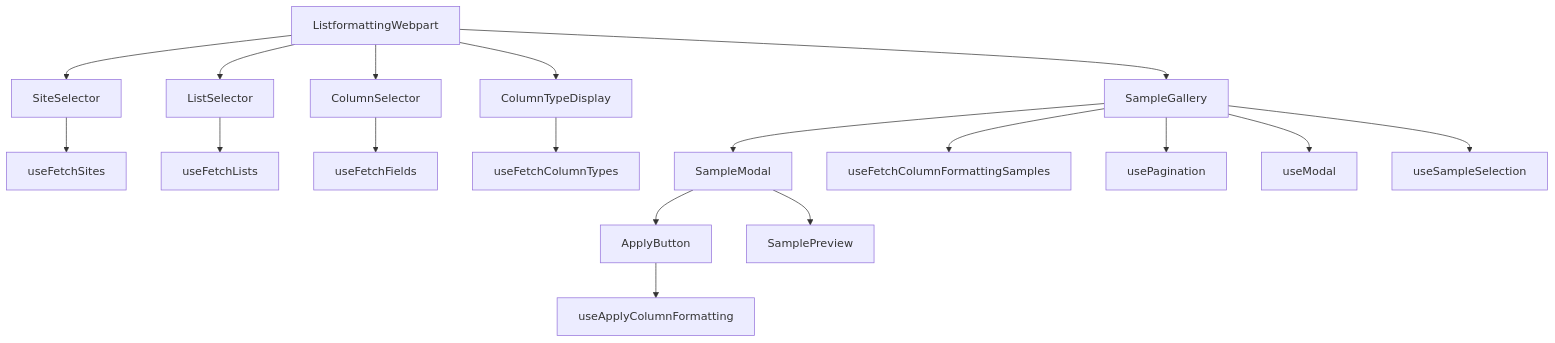
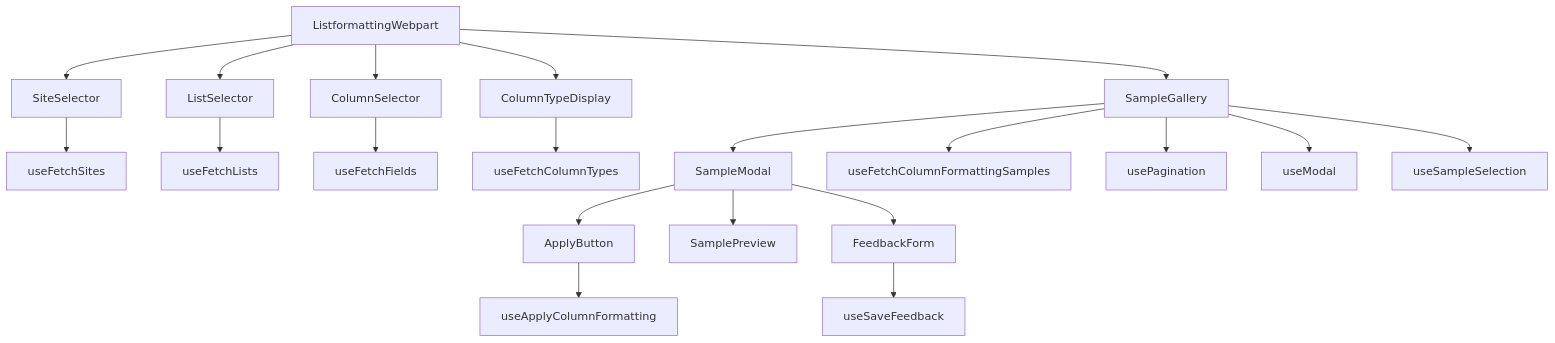
The diagram in samples/listformatter/README.md (pnp/sp-dev-fx-webparts), drawn with Mermaid before and after one commit. The commit also changed other lines of this file and 1 other file, not shown here.

Commit message:
:memo: lets mermaid and features align with recent changes

````diff
--- a/samples/listformatter/README.md
+++ b/samples/listformatter/README.md
@@ -7,22 +7,24 @@
 ```mermaid
 graph TD
     A[ListformattingWebpart]
     A --> B[SiteSelector]
     A --> C[ListSelector]
     A --> D[ColumnSelector]
     A --> E[ColumnTypeDisplay]
     A --> F[SampleGallery]
     F --> G[SampleModal]
     G --> H[ApplyButton]
     G --> I[SamplePreview]
+    G --> J[FeedbackForm]
 
-    B --> J[useFetchSites]
-    C --> K[useFetchLists]
-    D --> L[useFetchFields]
-    E --> M[useFetchColumnTypes]
-    F --> N[useFetchColumnFormattingSamples]
-    F --> O[usePagination]
-    F --> P[useModal]
-    F --> Q[useSampleSelection]
-    H --> R[useApplyColumnFormatting]
+    B --> K[useFetchSites]
+    C --> L[useFetchLists]
+    D --> M[useFetchFields]
+    E --> N[useFetchColumnTypes]
+    F --> O[useFetchColumnFormattingSamples]
+    F --> P[usePagination]
+    F --> Q[useModal]
+    F --> R[useSampleSelection]
+    H --> S[useApplyColumnFormatting]
+    J --> T[useSaveFeedback]
 ```
````
